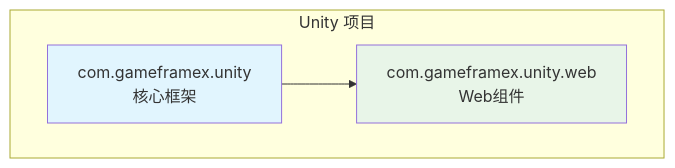
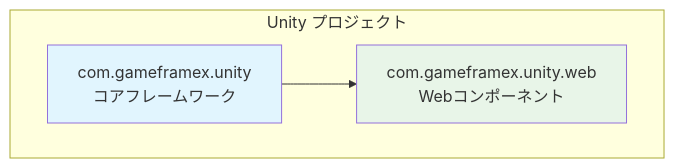
Before and after one commit to AlianBlank/GameFrameX.Docs: the first of 3 diagrams in docs/ja/client/unity/component/web/02.installation.md, drawn with Mermaid. The commit also changed other lines of this file and 603 other files, not shown here.

````diff
--- a/docs/ja/client/unity/component/web/02.installation.md
+++ b/docs/ja/client/unity/component/web/02.installation.md
@@ -9,12 +9,12 @@
 ```mermaid
 flowchart TD
-    subgraph Project["Unity 项目"]
-        Core["com.gameframex.unity<br/>核心框架"]
-        Web["com.gameframex.unity.web<br/>Web组件"]
+    subgraph Project["Unity プロジェクト"]
+        Core["com.gameframex.unity<br/>コアフレームワーク"]
+        Web["com.gameframex.unity.web<br/>Webコンポーネント"]
     end
     
     Core --> Web
     
     style Core fill:#e1f5fe
     style Web fill:#e8f5e8
 ```
````
